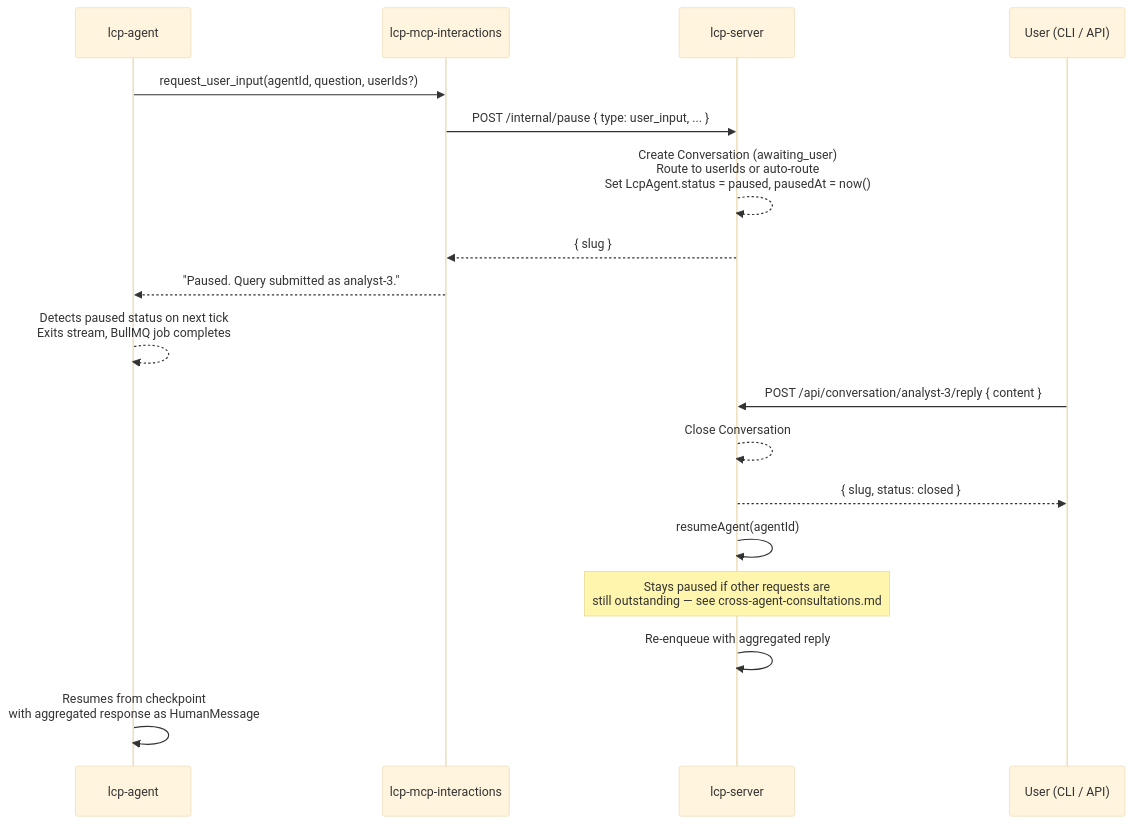
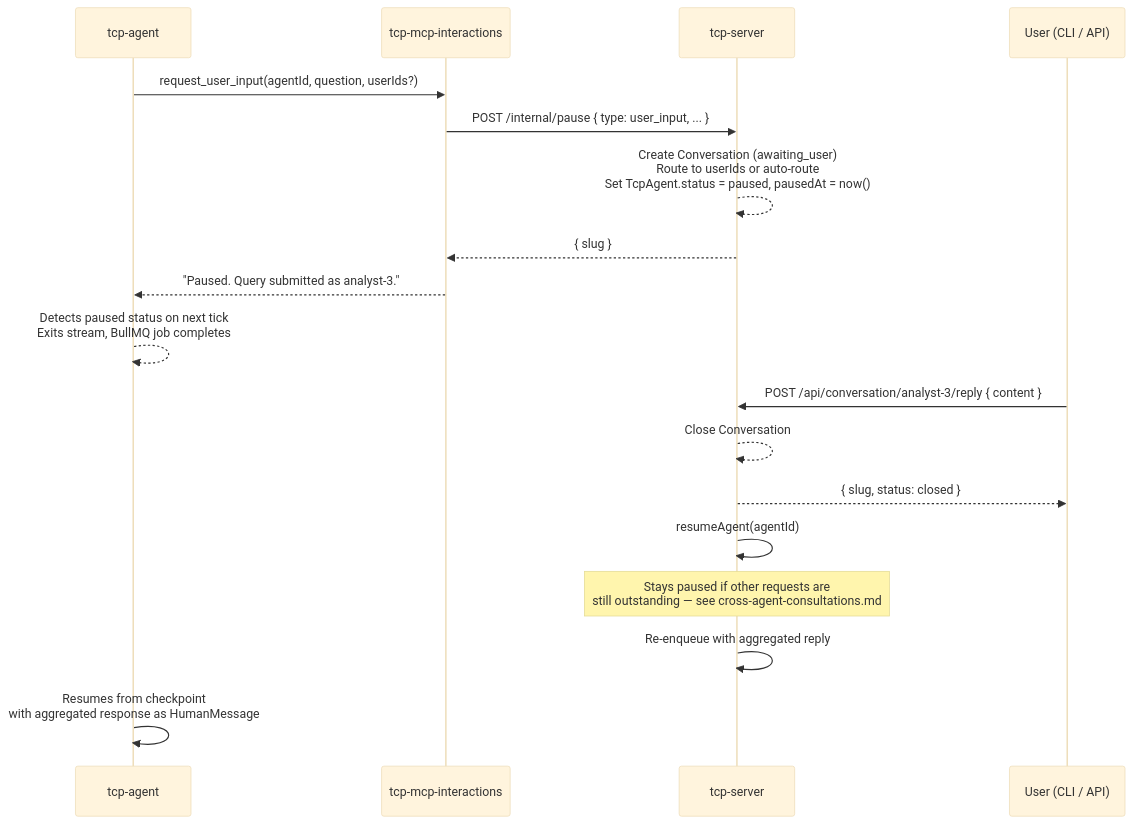
Before and after one commit to instantiator/tcp-server: the diagram in docs/user-input-conversations.md, drawn with Mermaid (base theme). The commit also changed other lines of this file and 1129 other files, not shown here.

````diff
--- a/docs/user-input-conversations.md
+++ b/docs/user-input-conversations.md
@@ -53,23 +53,23 @@
 ```mermaid
 sequenceDiagram
-    participant A as lcp-agent
-    participant I as lcp-mcp-interactions
-    participant S as lcp-server
+    participant A as tcp-agent
+    participant I as tcp-mcp-interactions
+    participant S as tcp-server
     participant U as User (CLI / API)
 
     A->>I: request_user_input(agentId, question, userIds?)
     I->>S: POST /internal/pause { type: user_input, ... }
-    S-->>S: Create Conversation (awaiting_user)<br/>Route to userIds or auto-route<br/>Set LcpAgent.status = paused, pausedAt = now()
+    S-->>S: Create Conversation (awaiting_user)<br/>Route to userIds or auto-route<br/>Set TcpAgent.status = paused, pausedAt = now()
     S-->>I: { slug }
     I-->>A: "Paused. Query submitted as analyst-3."
     A-->>A: Detects paused status on next tick<br/>Exits stream, BullMQ job completes
 
     U->>S: POST /api/conversation/analyst-3/reply { content }
     S-->>S: Close Conversation
     S-->>U: { slug, status: closed }
     S->>S: resumeAgent(agentId)
     Note over S: Stays paused if other requests are<br/>still outstanding — see cross-agent-consultations.md
     S->>S: Re-enqueue with aggregated reply
 
     A->>A: Resumes from checkpoint<br/>with aggregated response as HumanMessage
 ```
````
